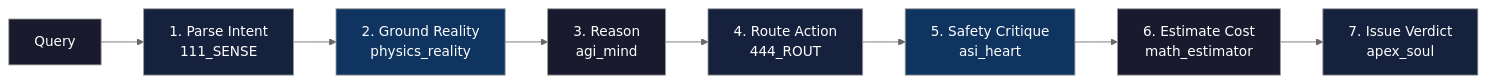
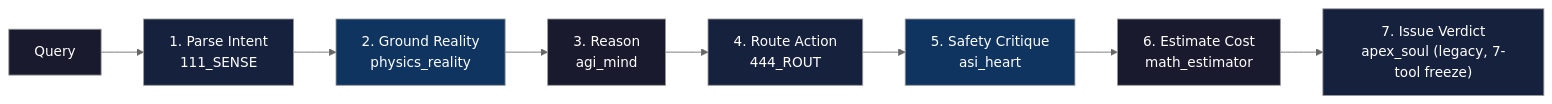
The fourth of 6 diagrams in arifosmcp/README.md (ariffazil/arifos), drawn with Mermaid (neutral theme) before and after one commit. The commit also changed other lines of this file and 17 other files, not shown here.

First line of the commit message:
chore(surface): freeze canonical tool surface to 7 (F13 ratified 2026-06-23 facade); align CANONICAL_TOOLS docs, tool_registry.json, .well-known/mcp/server.json, validator, manifests + one-skill-one-tool (AGI/ASI) enforcement + SOT updates + test

````diff
--- a/arifosmcp/README.md
+++ b/arifosmcp/README.md
@@ -286,19 +286,19 @@
 ```mermaid
 graph LR
     A["Query"] --> B["1. Parse Intent<br/>111_SENSE"]
     B --> C["2. Ground Reality<br/>physics_reality"]
     C --> D["3. Reason<br/>agi_mind"]
     D --> E["4. Route Action<br/>444_ROUT"]
     E --> F["5. Safety Critique<br/>asi_heart"]
     F --> G["6. Estimate Cost<br/>math_estimator"]
-    G --> H["7. Issue Verdict<br/>apex_soul"]
+    G --> H["7. Issue Verdict<br/>apex_soul (legacy, 7-tool freeze)"]
 
     style A fill:#1a1a2e,color:#fff
     style B fill:#16213e,color:#fff
     style C fill:#0f3460,color:#fff
     style D fill:#1a1a2e,color:#fff
     style E fill:#16213e,color:#fff
     style F fill:#0f3460,color:#fff
     style G fill:#1a1a2e,color:#fff
     style H fill:#16213e,color:#fff
 ```
````
